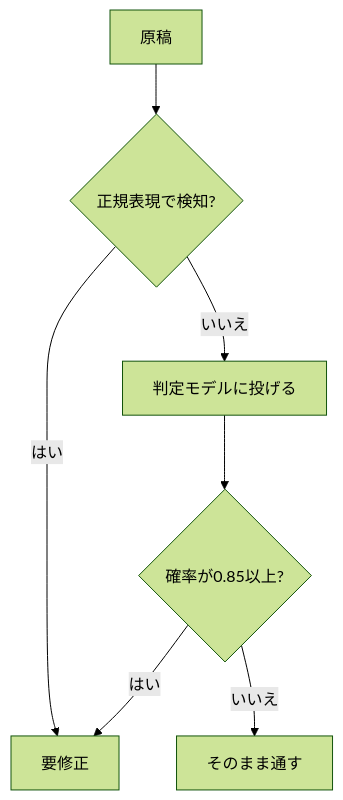
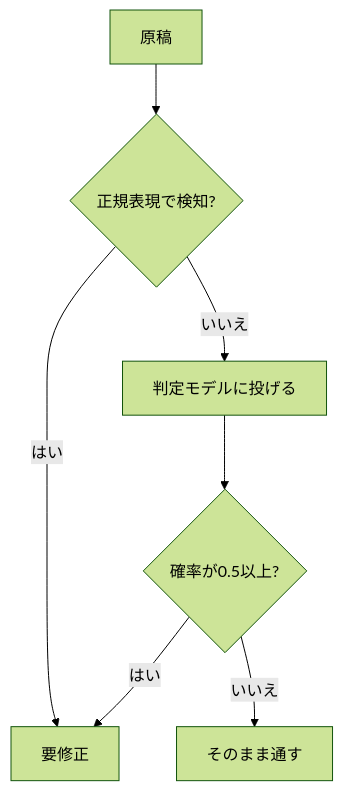
One commit to sunnydachs/span01-eval changed the diagram in docs/article-note.md. Above: the diagram before and after it, drawn with Mermaid (forest theme). The commit also changed other lines of this file and 11 other files, not shown here.

````diff
--- a/docs/article-note.md
+++ b/docs/article-note.md
@@ -189,9 +220,9 @@
 ```mermaid
 flowchart TD
   A[原稿] --> B{正規表現で検知?}
   B -->|はい| E[要修正]
   B -->|いいえ| C[判定モデルに投げる]
-  C --> D{確率が0.85以上?}
+  C --> D{確率が0.5以上?}
   D -->|はい| E
   D -->|いいえ| F[そのまま通す]
 ```
````
